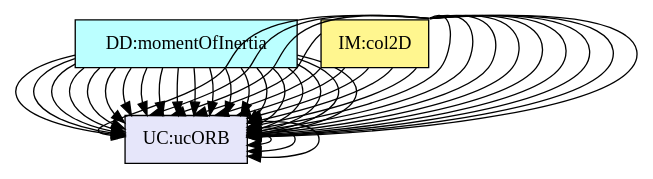
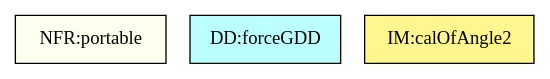
Before and after one commit to JacquesCarette/Drasil: the diagram in code/TraceyGraph/avsall.dot, drawn with Graphviz. The commit also changed 1037 other files, not shown here.

```diff
--- a/code/TraceyGraph/avsall.dot
+++ b/code/TraceyGraph/avsall.dot
@@ -1,139 +1,74 @@
 digraph avsall {
-	dataDefn:p_CM -> instance:assumpOT;
-	dataDefn:linearDisplacement -> instance:assumpOT;
-	dataDefn:linearVelocity -> instance:assumpOT;
-	dataDefn:linearAcceleration -> instance:assumpOT;
-	dataDefn:angularDisplacement -> instance:assumpOT;
-	dataDefn:angularDisplacement -> instance:assumpOD;
-	dataDefn:angularVelocity -> instance:assumpOT;
-	dataDefn:angularVelocity -> instance:assumpOD;
-	dataDefn:angularAcceleration -> instance:assumpOT;
-	dataDefn:angularAcceleration -> instance:assumpOD;
-	dataDefn:velocityB -> instance:assumpOT;
-	dataDefn:kEnergy -> instance:assumpOT;
-	dataDefn:kEnergy -> instance:assumpOD;
-	dataDefn:kEnergy -> instance:assumpDI;
-	dataDefn:v_iAB -> instance:assumpOT;
-	dataDefn:impulseV -> instance:assumpOT;
-	dataDefn:potEnergy -> instance:assumpOT;
-	dataDefn:potEnergy -> instance:assumpOD;
-	dataDefn:potEnergy -> instance:assumpDI;
-	dataDefn:momentOfInertia -> instance:assumpOT;
-	theory:newtonSLR -> instance:assumpOD;
-	theory:impulseS -> instance:assumpOT;
-	theory:impulseS -> instance:assumpOD;
-	theory:impulseS -> instance:assumpAD;
-	theory:impulseS -> instance:assumpCT;
-	theory:accj -> instance:assumpOT;
-	theory:accj -> instance:assumpOD;
-	theory:accj -> instance:assumpDI;
-	theory:accj -> instance:assumpCAJI;
-	theory:angAccj -> instance:assumpOT;
-	theory:angAccj -> instance:assumpOD;
-	theory:angAccj -> instance:assumpAD;
-	theory:col2DIM -> instance:assumpOT;
-	theory:col2DIM -> instance:assumpOD;
-	theory:col2DIM -> instance:assumpAD;
-	theory:col2DIM -> instance:assumpCT;
-	theory:col2DIM -> instance:assumpDI;
-	theory:col2DIM -> instance:assumpCAJI;
-	instance:lcEC -> instance:assumpCT;
-	instance:lcID -> instance:assumpDI;
-	instance:lcIJC -> instance:assumpCAJI;
 
 
-	instance:assumpOT	[shape=box, color=black, style=filled, fillcolor=mistyrose, label="A:assumpOT"];
-	instance:assumpOD	[shape=box, color=black, style=filled, fillcolor=mistyrose, label="A:assumpOD"];
-	instance:assumpCST	[shape=box, color=black, style=filled, fillcolor=mistyrose, label="A:assumpCST"];
-	instance:assumpAD	[shape=box, color=black, style=filled, fillcolor=mistyrose, label="A:assumpAD"];
-	instance:assumpCT	[shape=box, color=black, style=filled, fillcolor=mistyrose, label="A:assumpCT"];
-	instance:assumpDI	[shape=box, color=black, style=filled, fillcolor=mistyrose, label="A:assumpDI"];
-	instance:assumpCAJI	[shape=box, color=black, style=filled, fillcolor=mistyrose, label="A:assumpCAJI"];
+	instance:twoDMotion	[shape=box, color=black, style=filled, fillcolor=mistyrose, label="A:twoDMotion"];
+	instance:cartSys	[shape=box, color=black, style=filled, fillcolor=mistyrose, label="A:cartSys"];
+	instance:cartSysR	[shape=box, color=black, style=filled, fillcolor=mistyrose, label="A:cartSysR"];
+	instance:yAxisDir	[shape=box, color=black, style=filled, fillcolor=mistyrose, label="A:yAxisDir"];
 
 	subgraph A {
 	rank="same"
-	{instance:assumpOT, instance:assumpOD, instance:assumpCST, instance:assumpAD, instance:assumpCT, instance:assumpDI, instance:assumpCAJI}
+	{instance:twoDMotion, instance:cartSys, instance:cartSysR, instance:yAxisDir}
 	}
 
-	dataDefn:p_CM	[shape=box, color=black, style=filled, fillcolor=paleturquoise1, label="DD:ctrOfMass"];
-	dataDefn:linearDisplacement	[shape=box, color=black, style=filled, fillcolor=paleturquoise1, label="DD:linDisp"];
-	dataDefn:linearVelocity	[shape=box, color=black, style=filled, fillcolor=paleturquoise1, label="DD:linVel"];
-	dataDefn:linearAcceleration	[shape=box, color=black, style=filled, fillcolor=paleturquoise1, label="DD:linAcc"];
-	dataDefn:angularDisplacement	[shape=box, color=black, style=filled, fillcolor=paleturquoise1, label="DD:angDisp"];
-	dataDefn:angularVelocity	[shape=box, color=black, style=filled, fillcolor=paleturquoise1, label="DD:angVel"];
-	dataDefn:angularAcceleration	[shape=box, color=black, style=filled, fillcolor=paleturquoise1, label="DD:angAccel"];
-	dataDefn:velocityB	[shape=box, color=black, style=filled, fillcolor=paleturquoise1, label="DD:chaslesThm"];
-	dataDefn:torque	[shape=box, color=black, style=filled, fillcolor=paleturquoise1, label="DD:torque"];
-	dataDefn:kEnergy	[shape=box, color=black, style=filled, fillcolor=paleturquoise1, label="DD:kEnergy"];
-	dataDefn:restitutionCoef	[shape=box, color=black, style=filled, fillcolor=paleturquoise1, label="DD:coeffRestitution"];
-	dataDefn:v_iAB	[shape=box, color=black, style=filled, fillcolor=paleturquoise1, label="DD:reVeInColl"];
-	dataDefn:impulseV	[shape=box, color=black, style=filled, fillcolor=paleturquoise1, label="DD:impulseV"];
-	dataDefn:potEnergy	[shape=box, color=black, style=filled, fillcolor=paleturquoise1, label="DD:potEnergy"];
-	dataDefn:momentOfInertia	[shape=box, color=black, style=filled, fillcolor=paleturquoise1, label="DD:momentOfInertia"];
+	dataDefn:velocity	[shape=box, color=black, style=filled, fillcolor=paleturquoise1, label="DD:positionGDD"];
+	dataDefn:p_x1	[shape=box, color=black, style=filled, fillcolor=paleturquoise1, label="DD:positionXDD1"];
+	dataDefn:p_y1	[shape=box, color=black, style=filled, fillcolor=paleturquoise1, label="DD:positionYDD1"];
+	dataDefn:p_x2	[shape=box, color=black, style=filled, fillcolor=paleturquoise1, label="DD:positionXDD2"];
+	dataDefn:p_y2	[shape=box, color=black, style=filled, fillcolor=paleturquoise1, label="DD:positionYDD2"];
+	dataDefn:acceleration	[shape=box, color=black, style=filled, fillcolor=paleturquoise1, label="DD:accelerationGDD"];
+	dataDefn:force	[shape=box, color=black, style=filled, fillcolor=paleturquoise1, label="DD:forceGDD"];
 
 	subgraph DD {
 	rank="same"
-	{dataDefn:p_CM, dataDefn:linearDisplacement, dataDefn:linearVelocity, dataDefn:linearAcceleration, dataDefn:angularDisplacement, dataDefn:angularVelocity, dataDefn:angularAcceleration, dataDefn:velocityB, dataDefn:torque, dataDefn:kEnergy, dataDefn:restitutionCoef, dataDefn:v_iAB, dataDefn:impulseV, dataDefn:potEnergy, dataDefn:momentOfInertia}
+	{dataDefn:velocity, dataDefn:p_x1, dataDefn:p_y1, dataDefn:p_x2, dataDefn:p_y2, dataDefn:acceleration, dataDefn:force}
 	}
 
+	theory:accelerationTM	[shape=box, color=black, style=filled, fillcolor=pink, label="TM:acceleration"];
+	theory:velocityTM	[shape=box, color=black, style=filled, fillcolor=pink, label="TM:velocity"];
 	theory:newtonSL	[shape=box, color=black, style=filled, fillcolor=pink, label="TM:NewtonSecLawMot"];
-	theory:force1	[shape=box, color=black, style=filled, fillcolor=pink, label="TM:NewtonThirdLawMot"];
-	theory:force	[shape=box, color=black, style=filled, fillcolor=pink, label="TM:UniversalGravLaw"];
-	theory:newtonSLR	[shape=box, color=black, style=filled, fillcolor=pink, label="TM:NewtonSecLawRotMot"];
 
 	subgraph TM {
 	rank="same"
-	{theory:newtonSL, theory:force1, theory:force, theory:newtonSLR}
+	{theory:accelerationTM, theory:velocityTM, theory:newtonSL}
 	}
 
-	theory:gravitationalAccel	[shape=box, color=black, style=filled, fillcolor=palegreen, label="GD:accelGravity"];
-	theory:impulseS	[shape=box, color=black, style=filled, fillcolor=palegreen, label="GD:impulse"];
+	theory:v_x1	[shape=box, color=black, style=filled, fillcolor=palegreen, label="GD:velocityX1"];
+	theory:v_y1	[shape=box, color=black, style=filled, fillcolor=palegreen, label="GD:velocityY1"];
+	theory:v_x2	[shape=box, color=black, style=filled, fillcolor=palegreen, label="GD:velocityX2"];
+	theory:v_y2	[shape=box, color=black, style=filled, fillcolor=palegreen, label="GD:velocityY2"];
+	theory:a_x1	[shape=box, color=black, style=filled, fillcolor=palegreen, label="GD:accelerationX1"];
+	theory:a_y1	[shape=box, color=black, style=filled, fillcolor=palegreen, label="GD:accelerationY1"];
+	theory:a_x2	[shape=box, color=black, style=filled, fillcolor=palegreen, label="GD:accelerationX2"];
+	theory:a_y2	[shape=box, color=black, style=filled, fillcolor=palegreen, label="GD:accelerationY2"];
+	theory:xForce1	[shape=box, color=black, style=filled, fillcolor=palegreen, label="GD:xForce1"];
+	theory:yForce1	[shape=box, color=black, style=filled, fillcolor=palegreen, label="GD:yForce1"];
+	theory:xForce2	[shape=box, color=black, style=filled, fillcolor=palegreen, label="GD:xForce2"];
+	theory:yForce2	[shape=box, color=black, style=filled, fillcolor=palegreen, label="GD:yForce2"];
 
 	subgraph GD {
 	rank="same"
-	{theory:gravitationalAccel, theory:impulseS}
+	{theory:v_x1, theory:v_y1, theory:v_x2, theory:v_y2, theory:a_x1, theory:a_y1, theory:a_x2, theory:a_y2, theory:xForce1, theory:yForce1, theory:xForce2, theory:yForce2}
 	}
 
-	theory:accj	[shape=box, color=black, style=filled, fillcolor=khaki1, label="IM:transMot"];
-	theory:angAccj	[shape=box, color=black, style=filled, fillcolor=khaki1, label="IM:rotMot"];
-	theory:col2DIM	[shape=box, color=black, style=filled, fillcolor=khaki1, label="IM:col2D"];
+	theory:angleIM1	[shape=box, color=black, style=filled, fillcolor=khaki1, label="IM:calOfAngle1"];
+	theory:angleIM2	[shape=box, color=black, style=filled, fillcolor=khaki1, label="IM:calOfAngle2"];
 
 	subgraph IM {
 	rank="same"
-	{theory:accj, theory:angAccj, theory:col2DIM}
+	{theory:angleIM1, theory:angleIM2}
 	}
 
-	instance:simSpace	[shape=box, color=black, style=filled, fillcolor=ivory, label="FR:simSpace"];
-	instance:inputInitialConds	[shape=box, color=black, style=filled, fillcolor=ivory, label="FR:inputInitialConds"];
-	instance:inputSurfaceProps	[shape=box, color=black, style=filled, fillcolor=ivory, label="FR:inputSurfaceProps"];
-	instance:verifyPhysCons	[shape=box, color=black, style=filled, fillcolor=ivory, label="FR:verifyPhysCons"];
-	instance:calcTransOverTime	[shape=box, color=black, style=filled, fillcolor=ivory, label="FR:calcTransOverTime"];
-	instance:calcRotOverTime	[shape=box, color=black, style=filled, fillcolor=ivory, label="FR:calcRotOverTime"];
-	instance:deterColls	[shape=box, color=black, style=filled, fillcolor=ivory, label="FR:deterColls"];
-	instance:deterCollRespOverTime	[shape=box, color=black, style=filled, fillcolor=ivory, label="FR:deterCollRespOverTime"];
-	instance:performance	[shape=box, color=black, style=filled, fillcolor=ivory, label="NFR:performance"];
-	instance:correctness	[shape=box, color=black, style=filled, fillcolor=ivory, label="NFR:correctness"];
-	instance:usability	[shape=box, color=black, style=filled, fillcolor=ivory, label="NFR:usability"];
-	instance:understandability	[shape=box, color=black, style=filled, fillcolor=ivory, label="NFR:understandability"];
-	instance:maintainability	[shape=box, color=black, style=filled, fillcolor=ivory, label="NFR:maintainability"];
+	instance:inputValues	[shape=box, color=black, style=filled, fillcolor=ivory, label="FR:inputValues"];
+	instance:verifyInptVals	[shape=box, color=black, style=filled, fillcolor=ivory, label="FR:verifyInptVals"];
+	instance:calcAng	[shape=box, color=black, style=filled, fillcolor=ivory, label="FR:calcAng"];
+	instance:outputValues	[shape=box, color=black, style=filled, fillcolor=ivory, label="FR:outputValues"];
+	instance:correct	[shape=box, color=black, style=filled, fillcolor=ivory, label="NFR:correct"];
+	instance:portable	[shape=box, color=black, style=filled, fillcolor=ivory, label="NFR:portable"];
 
 	subgraph FR {
 	rank="same"
-	{instance:simSpace, instance:inputInitialConds, instance:inputSurfaceProps, instance:verifyPhysCons, instance:calcTransOverTime, instance:calcRotOverTime, instance:deterColls, instance:deterCollRespOverTime, instance:performance, instance:correctness, instance:usability, instance:understandability, instance:maintainability}
-	}
-
-	instance:lcVODES	[shape=box, color=black, style=filled, fillcolor=lavender, label="LC:lcVODES"];
-	instance:lcEC	[shape=box, color=black, style=filled, fillcolor=lavender, label="LC:lcEC"];
-	instance:lcID	[shape=box, color=black, style=filled, fillcolor=lavender, label="LC:lcID"];
-	instance:lcIJC	[shape=box, color=black, style=filled, fillcolor=lavender, label="LC:lcIJC"];
-	instance:ucSRB	[shape=box, color=black, style=filled, fillcolor=lavender, label="UC:ucSRB"];
-	instance:ucEI	[shape=box, color=black, style=filled, fillcolor=lavender, label="UC:ucEI"];
-	instance:ucCCS	[shape=box, color=black, style=filled, fillcolor=lavender, label="UC:ucCCS"];
-	instance:ucORB	[shape=box, color=black, style=filled, fillcolor=lavender, label="UC:ucORB"];
-
-	subgraph LC {
-	rank="same"
-	{instance:lcVODES, instance:lcEC, instance:lcID, instance:lcIJC, instance:ucSRB, instance:ucEI, instance:ucCCS, instance:ucORB}
+	{instance:inputValues, instance:verifyInptVals, instance:calcAng, instance:outputValues, instance:correct, instance:portable}
 	}
 
 }
```
